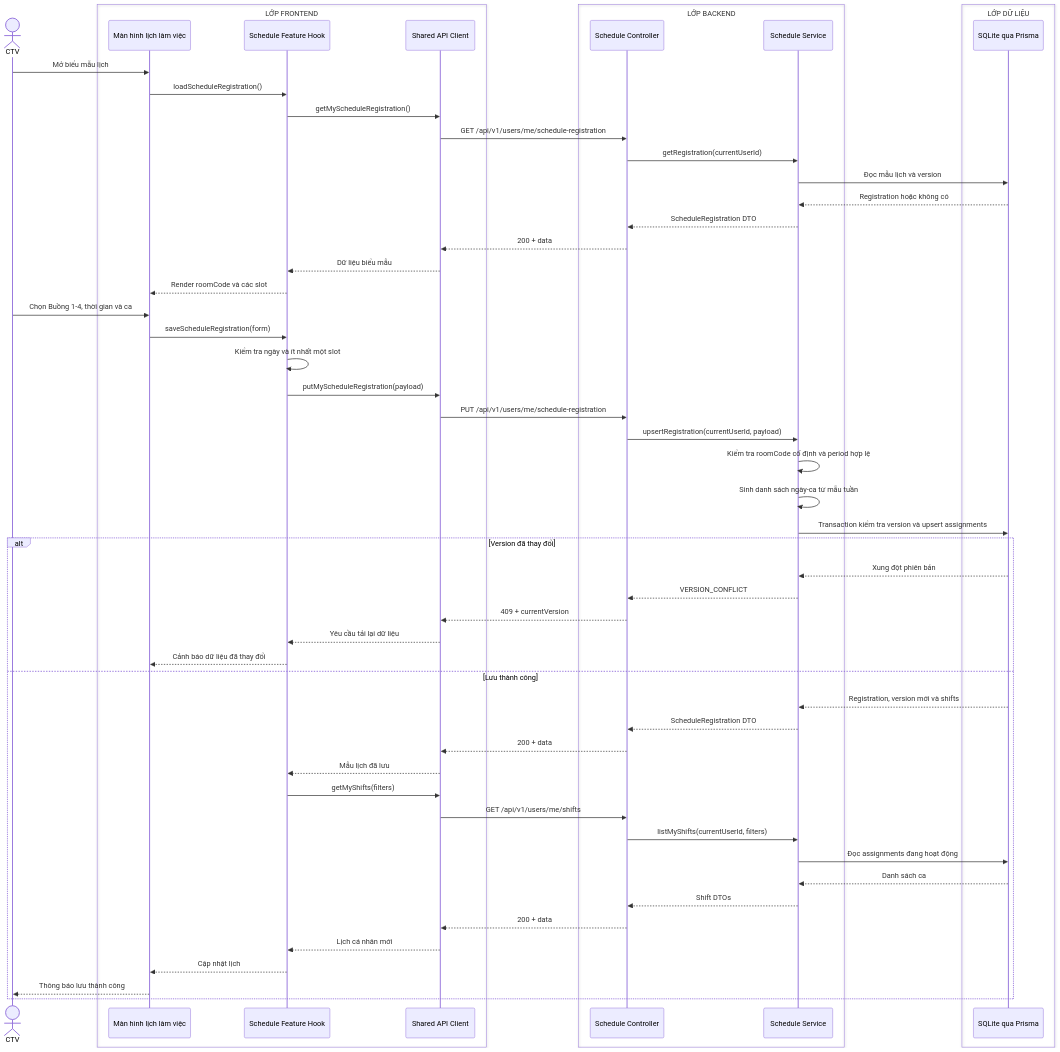
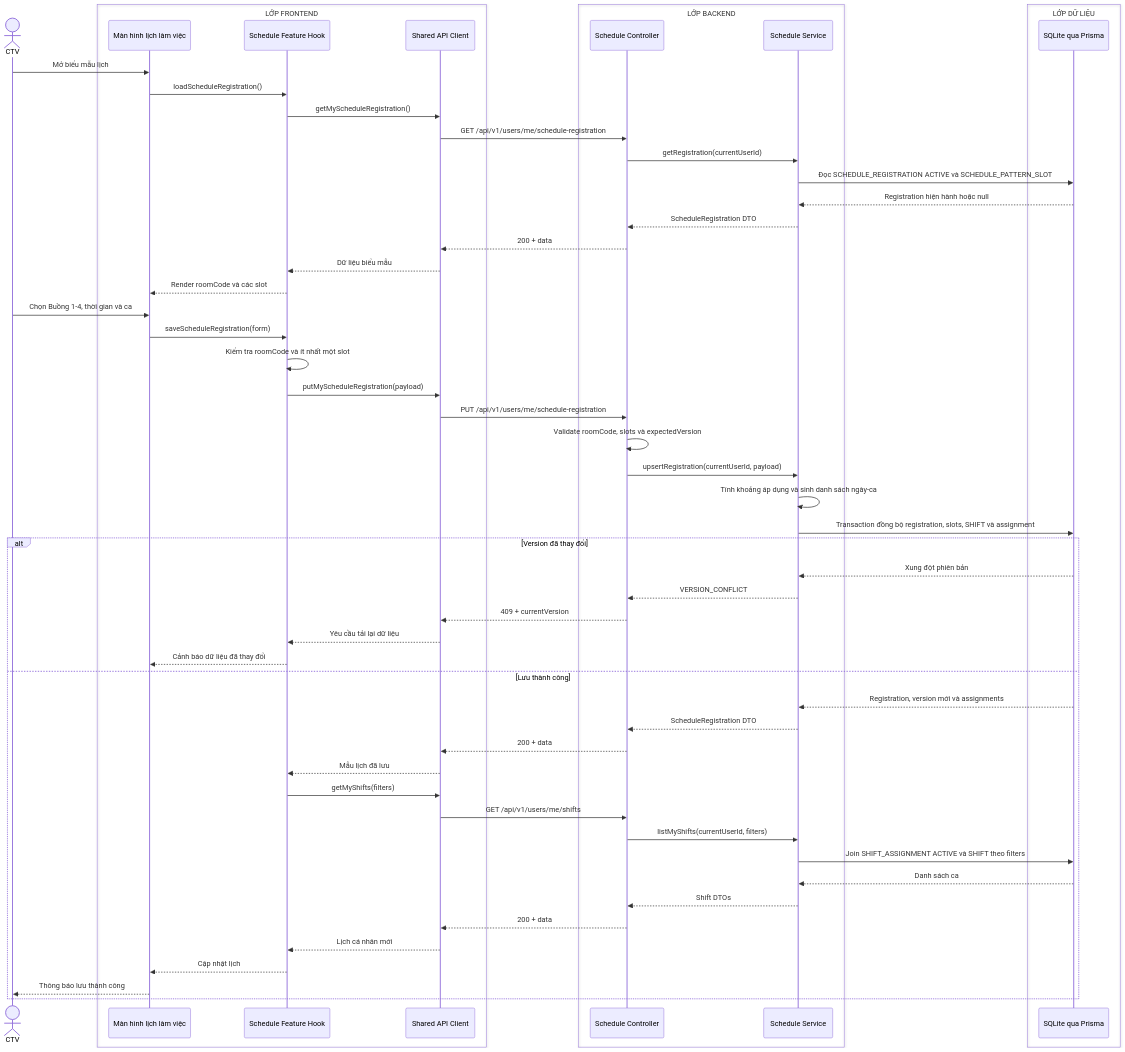
Before and after one commit to MINHDZVODICH/ctv-manage: the diagram in docs/sequence-diagrams/04-dang-ky-cap-nhat-lich-lam-viec.md, drawn with Mermaid. The commit also changed other lines of this file and 227 other files, not shown here.

````diff
--- a/docs/sequence-diagrams/04-dang-ky-cap-nhat-lich-lam-viec.md
+++ b/docs/sequence-diagrams/04-dang-ky-cap-nhat-lich-lam-viec.md
@@ -5,61 +5,61 @@
 ```mermaid
 sequenceDiagram
     actor U as CTV
     box LỚP FRONTEND
         participant UI as Màn hình lịch làm việc
         participant H as Schedule Feature Hook
         participant API as Shared API Client
     end
     box LỚP BACKEND
         participant C as Schedule Controller
         participant S as Schedule Service
     end
     box LỚP DỮ LIỆU
         participant DB as SQLite qua Prisma
     end
 
     U->>UI: Mở biểu mẫu lịch
     UI->>H: loadScheduleRegistration()
     H->>API: getMyScheduleRegistration()
     API->>C: GET /api/v1/users/me/schedule-registration
     C->>S: getRegistration(currentUserId)
-    S->>DB: Đọc mẫu lịch và version
-    DB-->>S: Registration hoặc không có
+    S->>DB: Đọc SCHEDULE_REGISTRATION ACTIVE và SCHEDULE_PATTERN_SLOT
+    DB-->>S: Registration hiện hành hoặc null
     S-->>C: ScheduleRegistration DTO
     C-->>API: 200 + data
     API-->>H: Dữ liệu biểu mẫu
     H-->>UI: Render roomCode và các slot
 
     U->>UI: Chọn Buồng 1-4, thời gian và ca
     UI->>H: saveScheduleRegistration(form)
-    H->>H: Kiểm tra ngày và ít nhất một slot
+    H->>H: Kiểm tra roomCode và ít nhất một slot
     H->>API: putMyScheduleRegistration(payload)
     API->>C: PUT /api/v1/users/me/schedule-registration
+    C->>C: Validate roomCode, slots và expectedVersion
     C->>S: upsertRegistration(currentUserId, payload)
-    S->>S: Kiểm tra roomCode cố định và period hợp lệ
-    S->>S: Sinh danh sách ngày-ca từ mẫu tuần
-    S->>DB: Transaction kiểm tra version và upsert assignments
+    S->>S: Tính khoảng áp dụng và sinh danh sách ngày-ca
+    S->>DB: Transaction đồng bộ registration, slots, SHIFT và assignment
 
     alt Version đã thay đổi
         DB-->>S: Xung đột phiên bản
         S-->>C: VERSION_CONFLICT
         C-->>API: 409 + currentVersion
         API-->>H: Yêu cầu tải lại dữ liệu
         H-->>UI: Cảnh báo dữ liệu đã thay đổi
     else Lưu thành công
-        DB-->>S: Registration, version mới và shifts
+        DB-->>S: Registration, version mới và assignments
         S-->>C: ScheduleRegistration DTO
         C-->>API: 200 + data
         API-->>H: Mẫu lịch đã lưu
         H->>API: getMyShifts(filters)
         API->>C: GET /api/v1/users/me/shifts
         C->>S: listMyShifts(currentUserId, filters)
-        S->>DB: Đọc assignments đang hoạt động
+        S->>DB: Join SHIFT_ASSIGNMENT ACTIVE và SHIFT theo filters
         DB-->>S: Danh sách ca
         S-->>C: Shift DTOs
         C-->>API: 200 + data
         API-->>H: Lịch cá nhân mới
         H-->>UI: Cập nhật lịch
         UI-->>U: Thông báo lưu thành công
     end
 ```
````
